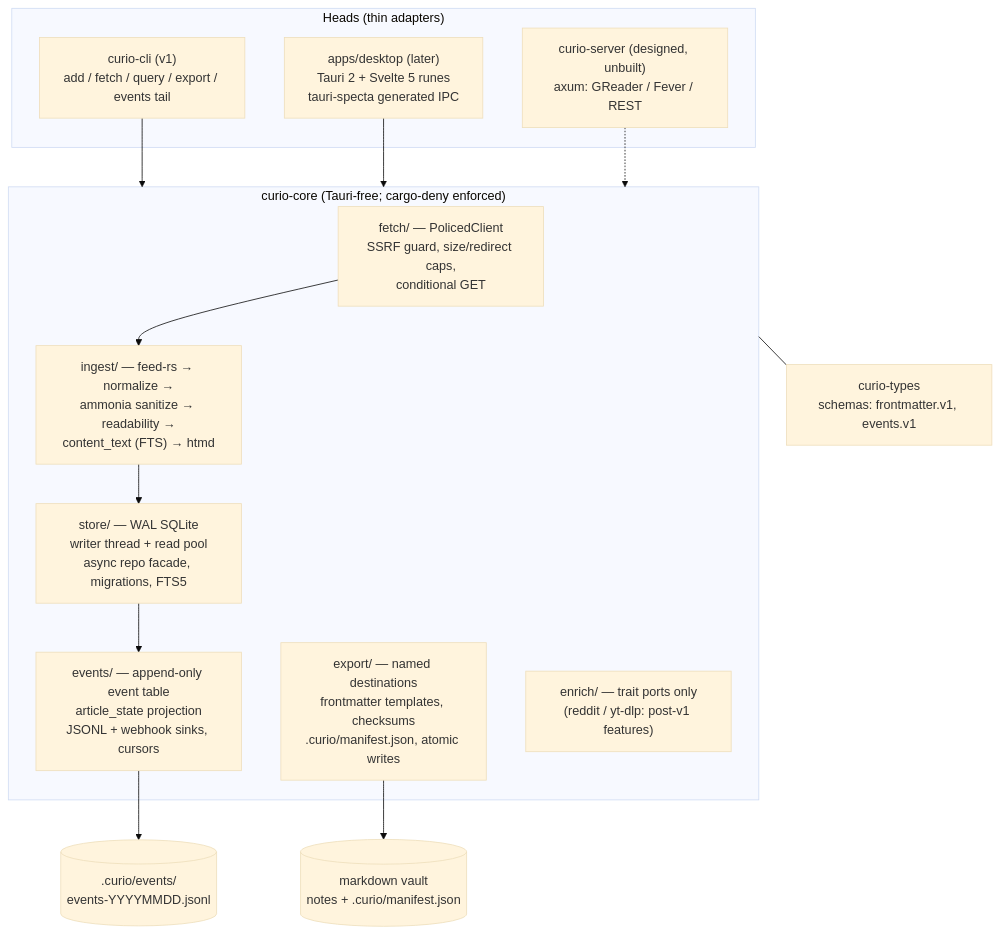
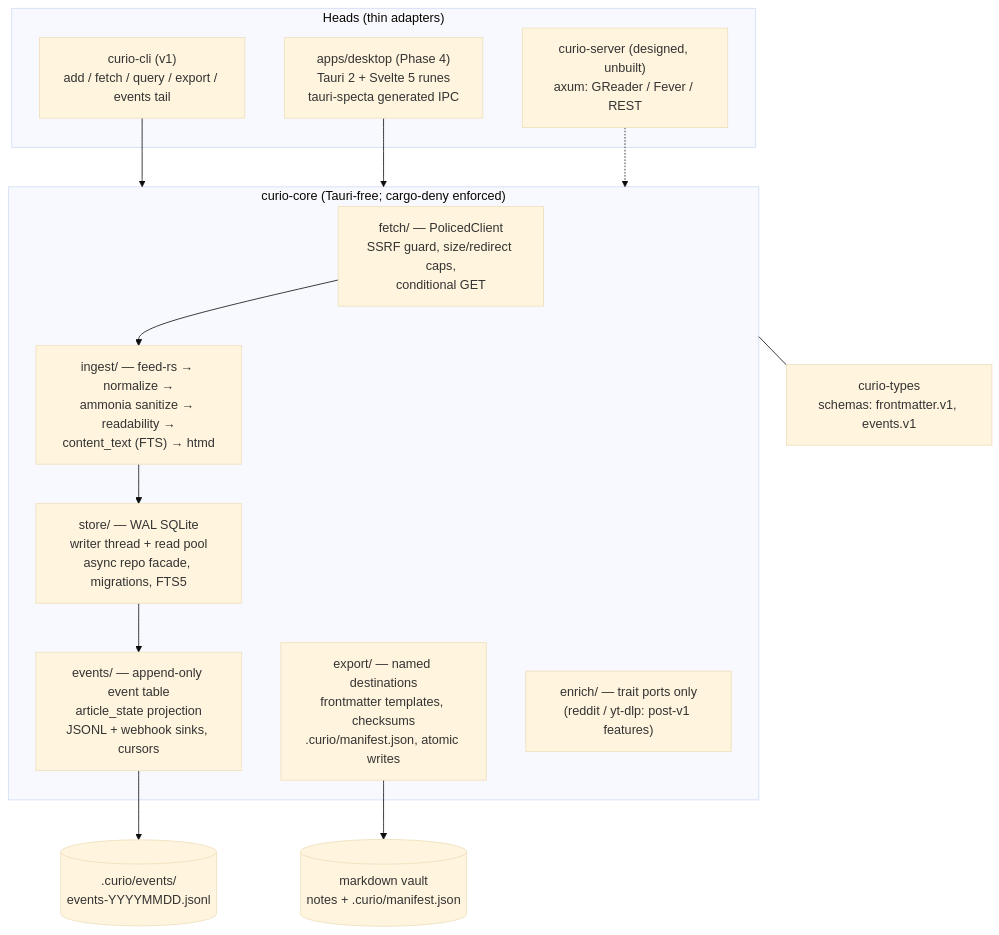
One commit to alexnodeland/curio-rss changed the diagram in docs/design/architecture.md. Above: the diagram before and after it, drawn with Mermaid (base theme). The commit also changed other lines of this file and 4 other files, not shown here.

````diff
--- a/docs/design/architecture.md
+++ b/docs/design/architecture.md
@@ -31,27 +32,27 @@
 ```mermaid
 flowchart TB
   subgraph heads["Heads (thin adapters)"]
     CLI["curio-cli (v1)<br/>add / fetch / query / export / events tail"]
-    DESK["apps/desktop (later)<br/>Tauri 2 + Svelte 5 runes<br/>tauri-specta generated IPC"]
+    DESK["apps/desktop (Phase 4)<br/>Tauri 2 + Svelte 5 runes<br/>tauri-specta generated IPC"]
     SRV["curio-server (designed, unbuilt)<br/>axum: GReader / Fever / REST"]
   end
   subgraph core["curio-core (Tauri-free; cargo-deny enforced)"]
     FETCH["fetch/ — PolicedClient<br/>SSRF guard, size/redirect caps,<br/>conditional GET"]
     INGEST["ingest/ — feed-rs → normalize →<br/>ammonia sanitize → readability →<br/>content_text (FTS) → htmd"]
     STORE["store/ — WAL SQLite<br/>writer thread + read pool<br/>async repo facade, migrations, FTS5"]
     EVENTS["events/ — append-only event table<br/>article_state projection<br/>JSONL + webhook sinks, cursors"]
     EXPORT["export/ — named destinations<br/>frontmatter templates, checksums<br/>.curio/manifest.json, atomic writes"]
     ENRICH["enrich/ — trait ports only<br/>(reddit / yt-dlp: post-v1 features)"]
   end
   TYPES["curio-types<br/>schemas: frontmatter.v1, events.v1"]
   VAULT[("markdown vault<br/>notes + .curio/manifest.json")]
   JSONL[(".curio/events/<br/>events-YYYYMMDD.jsonl")]
   CLI --> core
   DESK --> core
   SRV -.-> core
   FETCH --> INGEST --> STORE
   STORE --> EVENTS
   EXPORT --> VAULT
   EVENTS --> JSONL
   core --- TYPES
 ```
````
